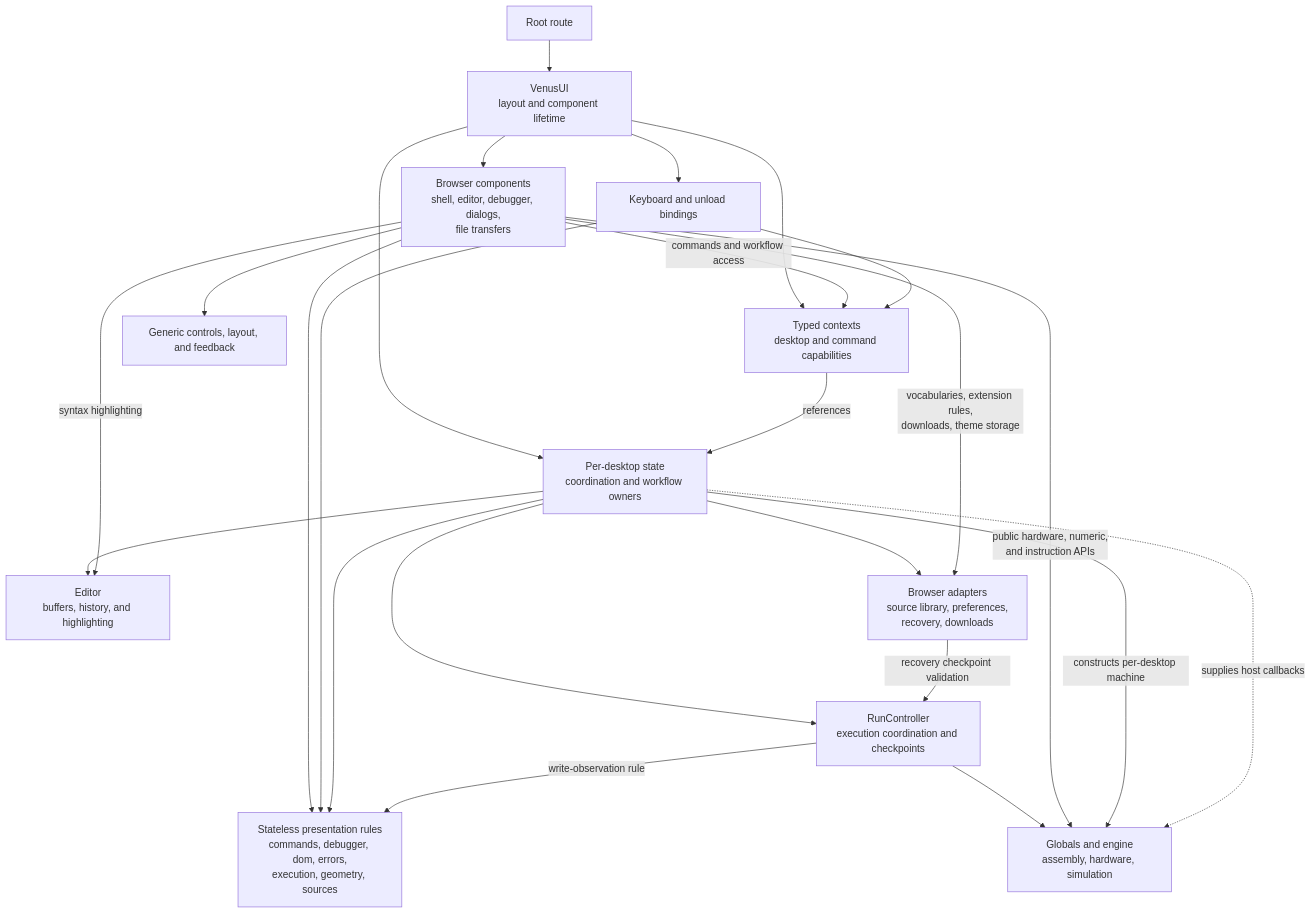
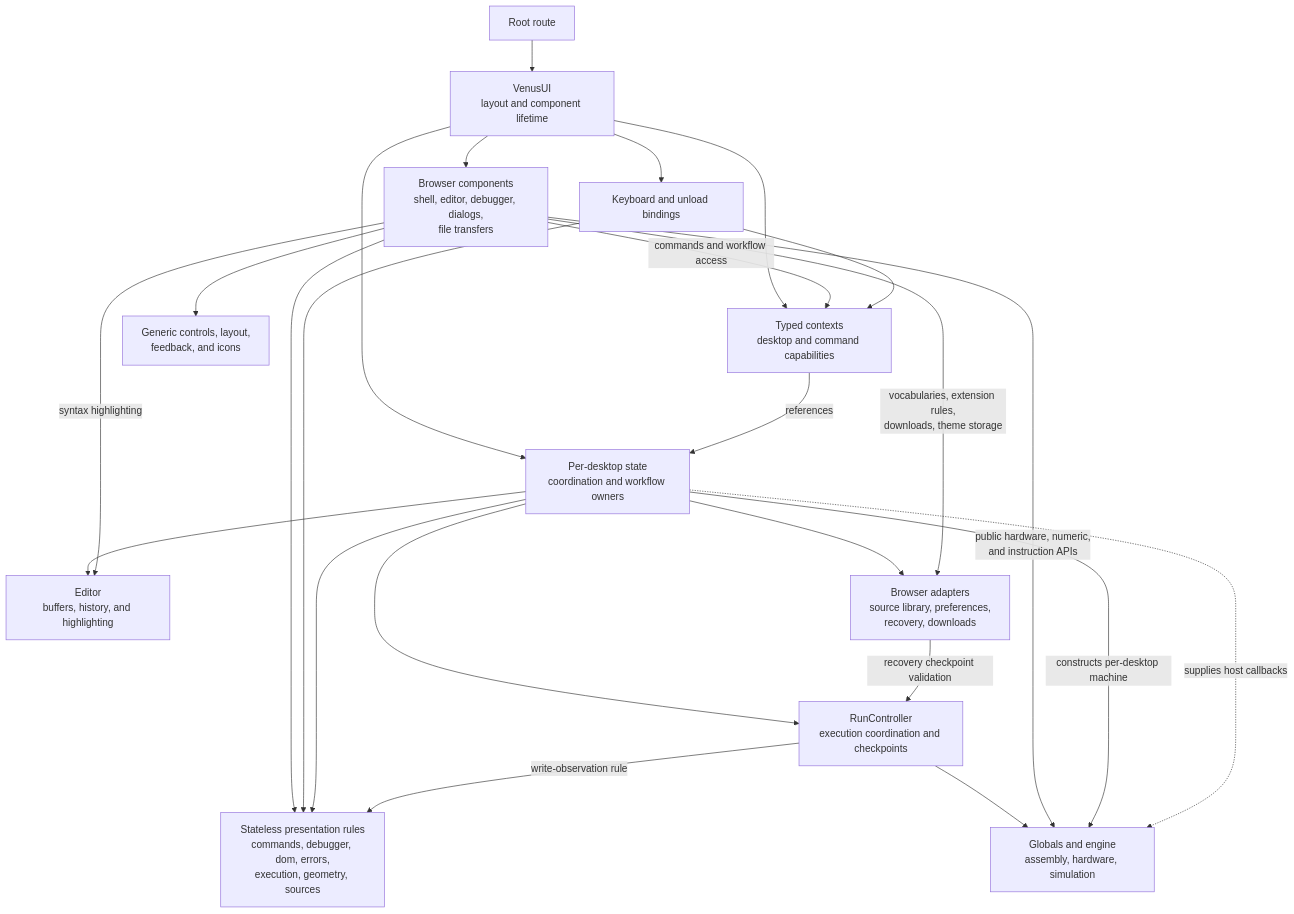
Before and after one commit to awpala/MARS-ts: the first of 2 diagrams in src/lib/venus/README.md, drawn with Mermaid. The commit also changed other lines of this file and 27 other files, not shown here.

````diff
--- a/src/lib/venus/README.md
+++ b/src/lib/venus/README.md
@@ -15,26 +15,26 @@
 ```mermaid
 flowchart TB
     Route["Root route"] --> Root["VenusUI<br/>layout and component lifetime"]
     Root --> State["Per-desktop state<br/>coordination and workflow owners"]
     Root --> Context["Typed contexts<br/>desktop and command capabilities"]
     Context -->|references| State
     Root --> Views["Browser components<br/>shell, editor, debugger, dialogs,<br/>file transfers"]
     Views -->|commands and workflow access| Context
-    Views --> Primitives["Generic controls, layout, and feedback"]
+    Views --> Primitives["Generic controls, layout,<br/>feedback, and icons"]
     Root --> Hooks["Keyboard and unload bindings"]
     Hooks --> Context
     Views --> Utilities["Stateless presentation rules<br/>commands, debugger, dom, errors,<br/>execution, geometry, sources"]
     Hooks --> Utilities
     State --> Utilities
     State --> Editor["Editor<br/>buffers, history, and highlighting"]
     Views -->|syntax highlighting| Editor
     State --> Browser["Browser adapters<br/>source library, preferences,<br/>recovery, downloads"]
     Views -->|"vocabularies, extension rules,<br/>downloads, theme storage"| Browser
     State --> Controller["RunController<br/>execution coordination and checkpoints"]
     Browser -->|"recovery checkpoint validation"| Controller
     Controller --> Engine["Globals and engine<br/>assembly, hardware, simulation"]
     Controller -->|"write-observation rule"| Utilities
     Views -->|"public hardware, numeric,<br/>and instruction APIs"| Engine
     State -->|constructs per-desktop machine| Engine
     State -.->|supplies host callbacks| Engine
 ```
````
